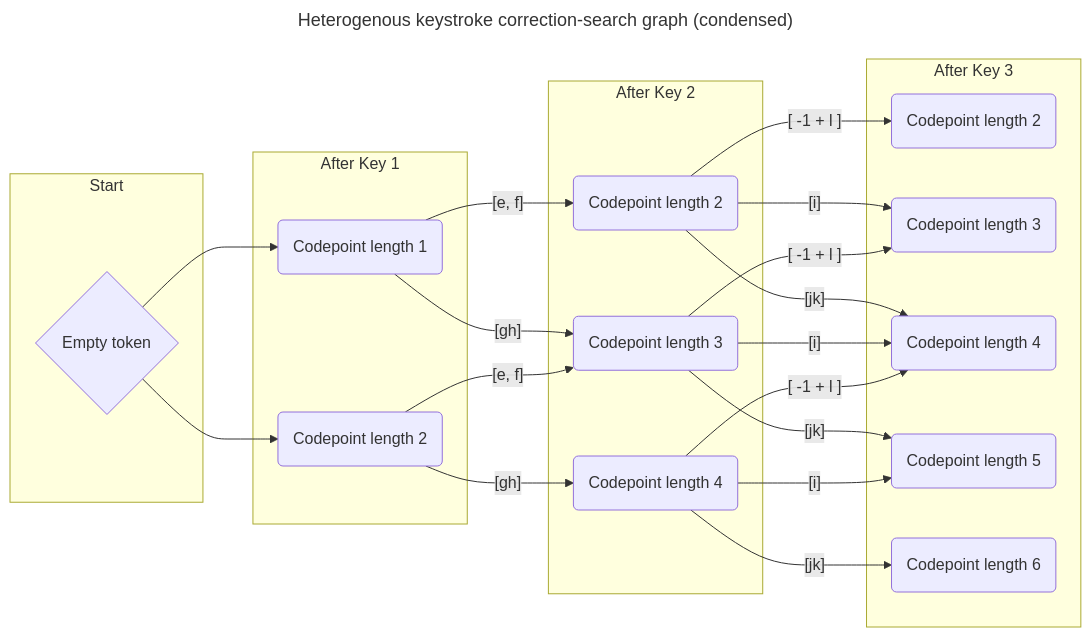
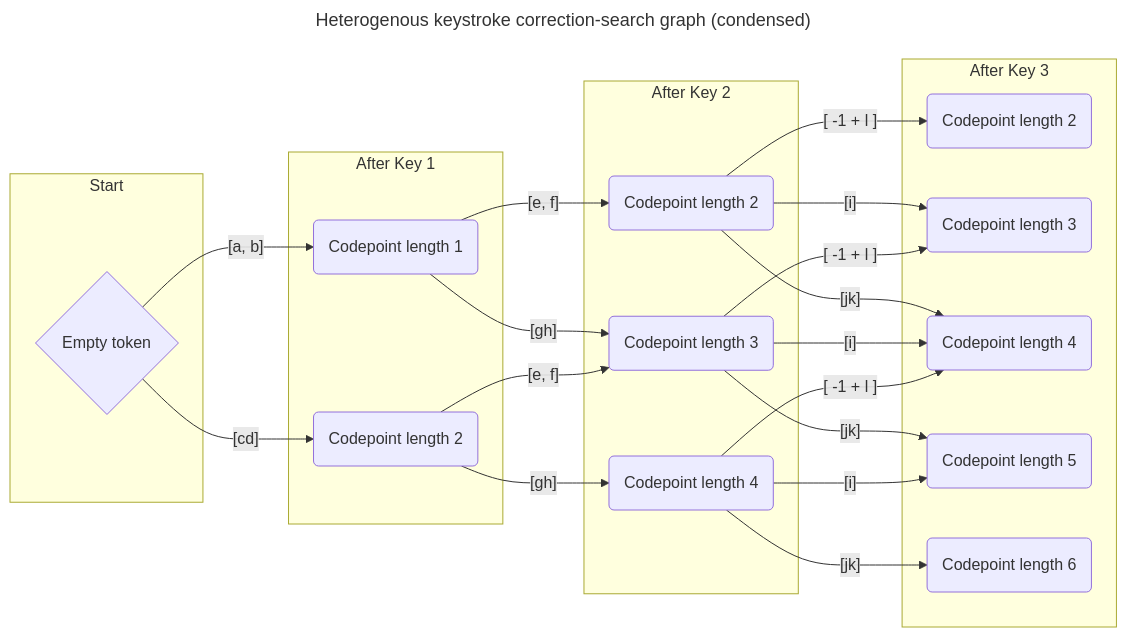
One commit to keymanapp/keyman changed the fourth of 6 diagrams in web/src/engine/predictive-text/worker-thread/docs/correction-search-graph.md. Above: the diagram before and after it, drawn with Mermaid. The commit also changed other lines of this file, not shown here.

Commit message:
docs(web): adds 'insert', 'delete' quotient graphs

````diff
--- a/web/src/engine/predictive-text/worker-thread/docs/correction-search-graph.md
+++ b/web/src/engine/predictive-text/worker-thread/docs/correction-search-graph.md
@@ -443,39 +443,39 @@
 ```mermaid
 ---
 title: Heterogenous keystroke correction-search graph (condensed)
 ---
 flowchart LR;
     subgraph Start
         start{Empty token}
     end
 
     subgraph After Key 1
-        start --> K1C1(Codepoint length 1)
-        start --> K1C2(Codepoint length 2)
+        start -- [a, b] --> K1C1(Codepoint length 1)
+        start -- [cd] --> K1C2(Codepoint length 2)
     end
 
     subgraph After Key 2
         K1C1 -- [e, f] --> K2C2(Codepoint length 2)
 
         K1C1 -- [gh] --> K2C3(Codepoint length 3)
         K1C2 -- [e, f] --> K2C3
 
         K1C2 -- [gh] --> K2C4(Codepoint length 4)
     end
 
     subgraph After Key 3
         K2C2 -- [ -1 + l ] --> K3C2(Codepoint length 2)
 
         K2C2 -- [i] --> K3C3(Codepoint length 3)
         K2C3 -- [ -1 + l ] --> K3C3
 
         K2C2 -- [jk] --> K3C4(Codepoint length 4)
         K2C3 -- [i] --> K3C4
         K2C4 -- [ -1 + l ] --> K3C4
 
         K2C3 -- [jk] --> K3C5(Codepoint length 5)
         K2C4 -- [i] --> K3C5
 
         K2C4 -- [jk] --> K3C6(Codepoint length 6)
     end
 ```
````
